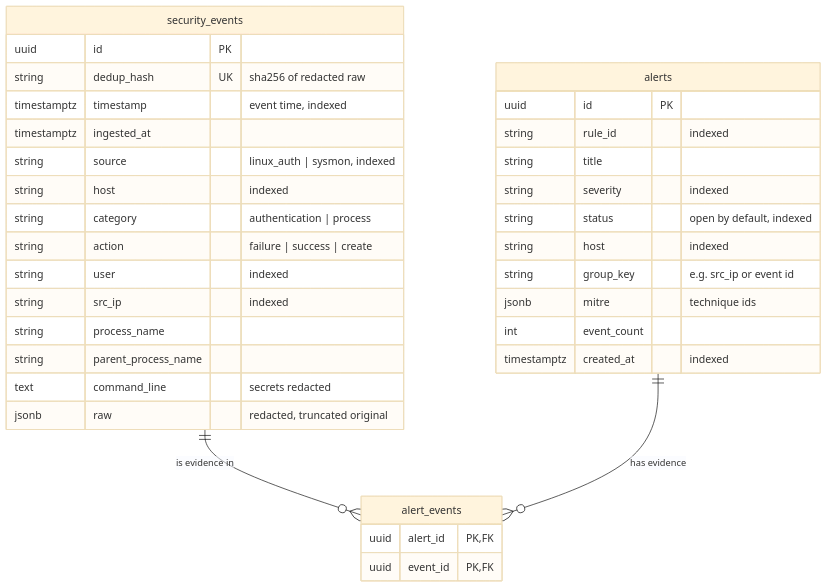
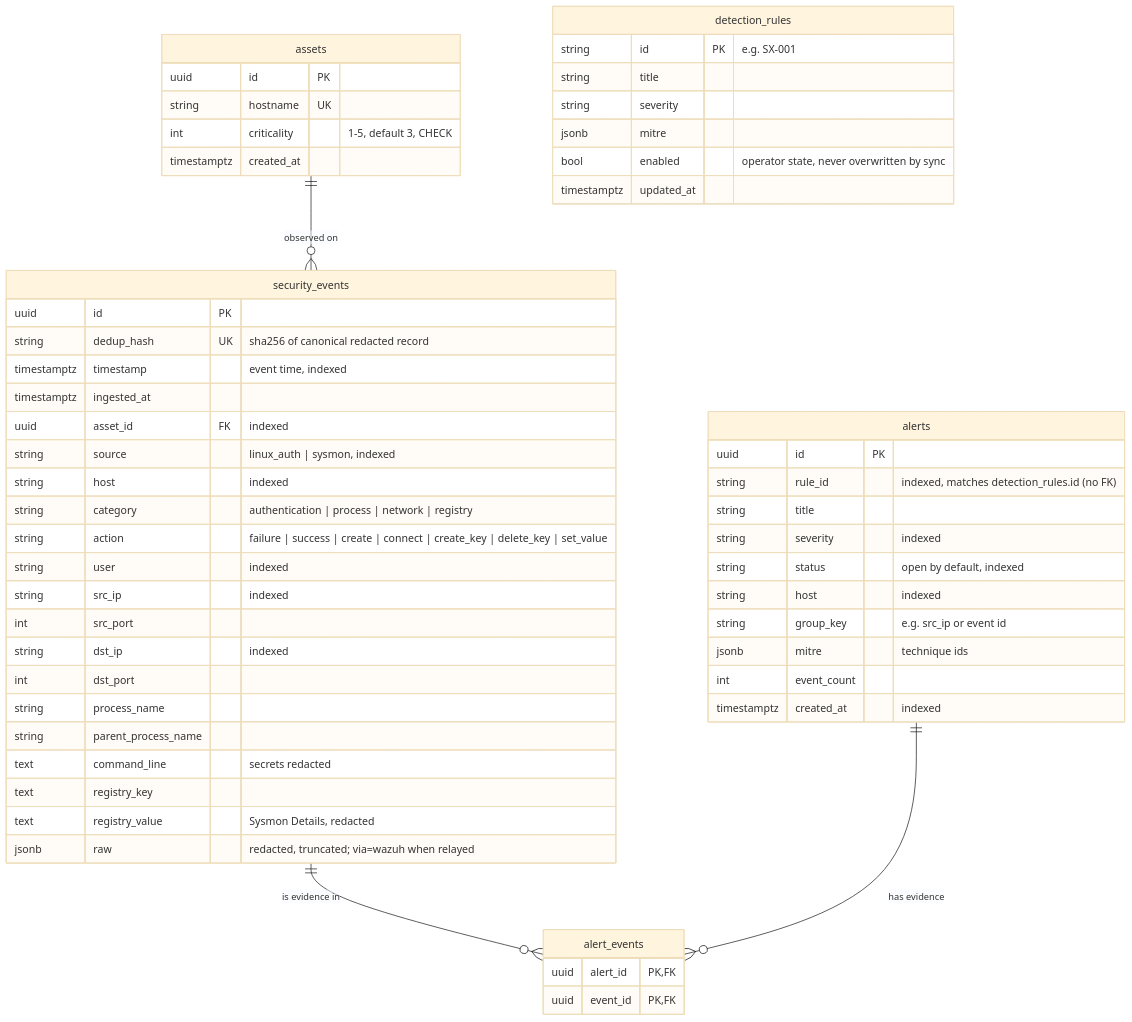
One commit to duynhat326/SentinelX-Hybrid-AI-powered-Security-Operations-Platform changed the diagram in docs/database-schema.md. Above: the diagram before and after it, drawn with Mermaid (base theme). The commit also changed other lines of this file and 24 other files, not shown here.

First line of the commit message:
feat: add Alembic migrations, assets and rules tables, Sysmon 3/12/13 and Wazuh input

````diff
--- a/docs/database-schema.md
+++ b/docs/database-schema.md
@@ -5,38 +5,59 @@
 ```mermaid
 erDiagram
+    assets ||--o{ security_events : "observed on"
     security_events ||--o{ alert_events : "is evidence in"
     alerts ||--o{ alert_events : "has evidence"
 
+    assets {
+        uuid id PK
+        string hostname UK
+        int criticality "1-5, default 3, CHECK"
+        timestamptz created_at
+    }
+    detection_rules {
+        string id PK "e.g. SX-001"
+        string title
+        string severity
+        jsonb mitre
+        bool enabled "operator state, never overwritten by sync"
+        timestamptz updated_at
+    }
     security_events {
         uuid id PK
-        string dedup_hash UK "sha256 of redacted raw"
+        string dedup_hash UK "sha256 of canonical redacted record"
         timestamptz timestamp "event time, indexed"
         timestamptz ingested_at
+        uuid asset_id FK "indexed"
         string source "linux_auth | sysmon, indexed"
         string host "indexed"
-        string category "authentication | process"
-        string action "failure | success | create"
+        string category "authentication | process | network | registry"
+        string action "failure | success | create | connect | create_key | delete_key | set_value"
         string user "indexed"
         string src_ip "indexed"
+        int src_port
+        string dst_ip "indexed"
+        int dst_port
         string process_name
         string parent_process_name
         text command_line "secrets redacted"
-        jsonb raw "redacted, truncated original"
+        text registry_key
+        text registry_value "Sysmon Details, redacted"
+        jsonb raw "redacted, truncated; via=wazuh when relayed"
     }
     alerts {
         uuid id PK
-        string rule_id "indexed"
+        string rule_id "indexed, matches detection_rules.id (no FK)"
         string title
         string severity "indexed"
         string status "open by default, indexed"
         string host "indexed"
         string group_key "e.g. src_ip or event id"
         jsonb mitre "technique ids"
         int event_count
         timestamptz created_at "indexed"
     }
     alert_events {
         uuid alert_id PK, FK
         uuid event_id PK, FK
     }
 ```
````
